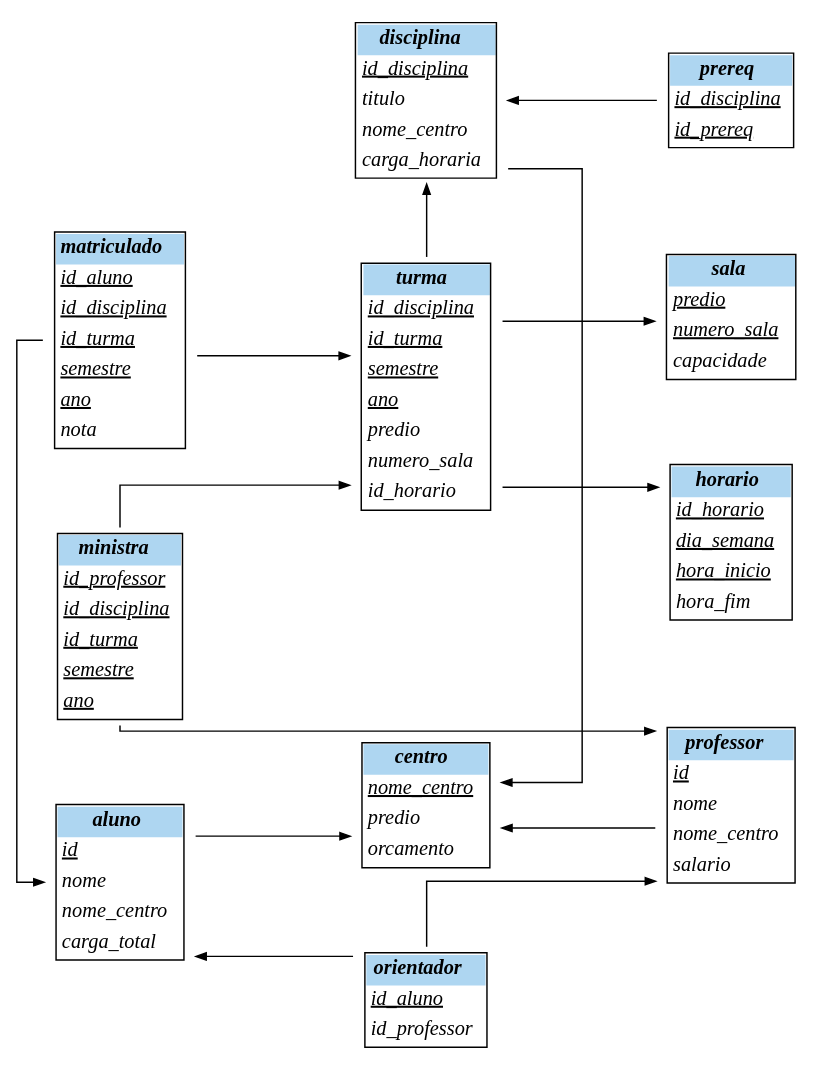
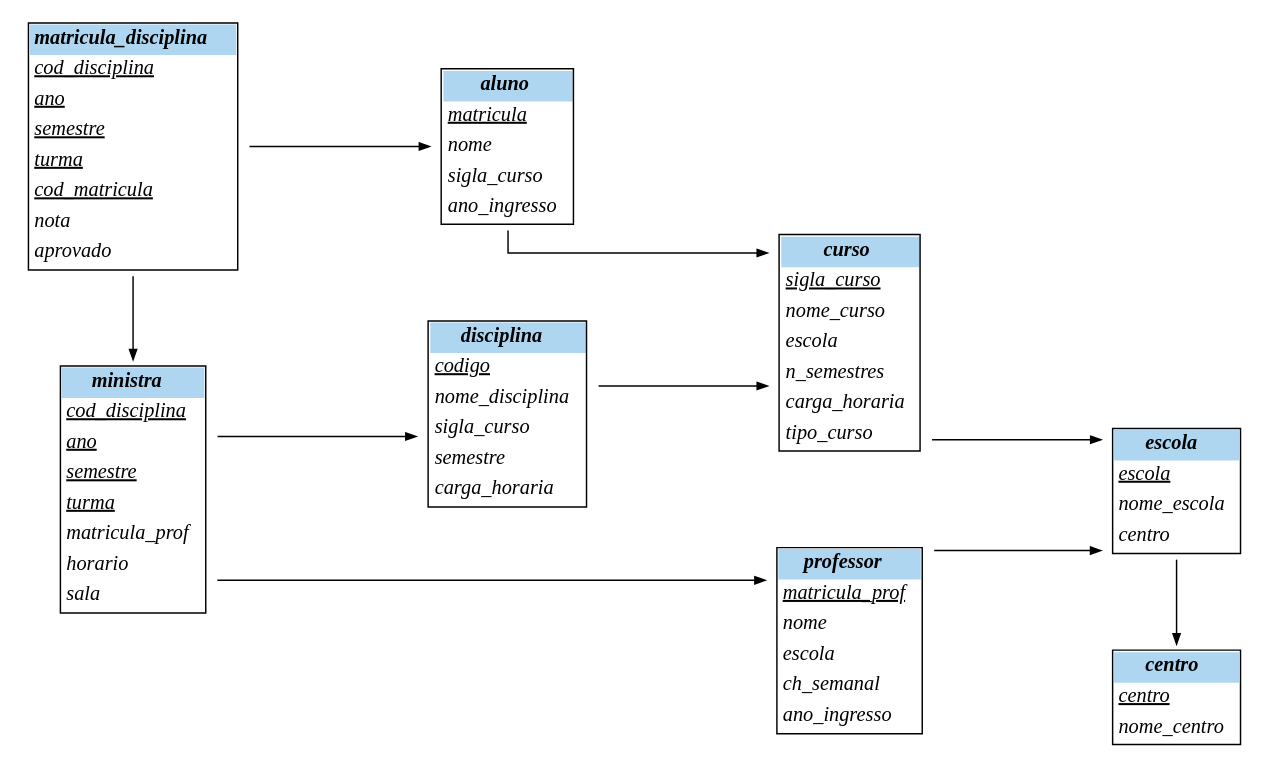
One commit to BragaD/UnDF-BancodeDados-202601 changed the diagram in content/cap02/04-diagrama-schema.qmd. Above: the diagram before and after it, drawn with Graphviz. The commit also changed other lines of this file and 44 other files, not shown here.

````diff
--- a/content/cap02/04-diagrama-schema.qmd
+++ b/content/cap02/04-diagrama-schema.qmd
@@ -18,143 +18,111 @@
 ```{dot}
 digraph schema {
-  graph [rankdir=LR, splines=ortho, nodesep=0.7, ranksep=1.4, bgcolor=white, fontname="Times New Roman"];
+  graph [rankdir=LR, splines=ortho, nodesep=0.8, ranksep=1.6, bgcolor=white, fontname="Times New Roman"];
   node  [shape=plaintext, fontname="Times New Roman"];
   edge  [arrowhead=normal, arrowsize=0.7];
 
-  matriculado [label=<
+  centro [label=<
     <TABLE BORDER="1" CELLBORDER="0" CELLSPACING="0" CELLPADDING="3" BGCOLOR="white">
-      <TR><TD BGCOLOR="#AED6F1" ALIGN="CENTER"><I><B>matriculado</B></I></TD></TR>
-      <TR><TD ALIGN="LEFT"><U><I>id_aluno</I></U></TD></TR>
-      <TR><TD ALIGN="LEFT"><U><I>id_disciplina</I></U></TD></TR>
-      <TR><TD ALIGN="LEFT"><U><I>id_turma</I></U></TD></TR>
-      <TR><TD ALIGN="LEFT"><U><I>semestre</I></U></TD></TR>
-      <TR><TD ALIGN="LEFT"><U><I>ano</I></U></TD></TR>
-      <TR><TD ALIGN="LEFT"><I>nota</I></TD></TR>
+      <TR><TD BGCOLOR="#AED6F1" ALIGN="CENTER"><I><B>centro</B></I></TD></TR>
+      <TR><TD ALIGN="LEFT"><U><I>centro</I></U></TD></TR>
+      <TR><TD ALIGN="LEFT"><I>nome_centro</I></TD></TR>
+    </TABLE>
+  >];
+
+  escola [label=<
+    <TABLE BORDER="1" CELLBORDER="0" CELLSPACING="0" CELLPADDING="3" BGCOLOR="white">
+      <TR><TD BGCOLOR="#AED6F1" ALIGN="CENTER"><I><B>escola</B></I></TD></TR>
+      <TR><TD ALIGN="LEFT"><U><I>escola</I></U></TD></TR>
+      <TR><TD ALIGN="LEFT"><I>nome_escola</I></TD></TR>
+      <TR><TD ALIGN="LEFT"><I>centro</I></TD></TR>
+    </TABLE>
+  >];
+
+  curso [label=<
+    <TABLE BORDER="1" CELLBORDER="0" CELLSPACING="0" CELLPADDING="3" BGCOLOR="white">
+      <TR><TD BGCOLOR="#AED6F1" ALIGN="CENTER"><I><B>curso</B></I></TD></TR>
+      <TR><TD ALIGN="LEFT"><U><I>sigla_curso</I></U></TD></TR>
+      <TR><TD ALIGN="LEFT"><I>nome_curso</I></TD></TR>
+      <TR><TD ALIGN="LEFT"><I>escola</I></TD></TR>
+      <TR><TD ALIGN="LEFT"><I>n_semestres</I></TD></TR>
+      <TR><TD ALIGN="LEFT"><I>carga_horaria</I></TD></TR>
+      <TR><TD ALIGN="LEFT"><I>tipo_curso</I></TD></TR>
+    </TABLE>
+  >];
+
+  professor [label=<
+    <TABLE BORDER="1" CELLBORDER="0" CELLSPACING="0" CELLPADDING="3" BGCOLOR="white">
+      <TR><TD BGCOLOR="#AED6F1" ALIGN="CENTER"><I><B>professor</B></I></TD></TR>
+      <TR><TD ALIGN="LEFT"><U><I>matricula_prof</I></U></TD></TR>
+      <TR><TD ALIGN="LEFT"><I>nome</I></TD></TR>
+      <TR><TD ALIGN="LEFT"><I>escola</I></TD></TR>
+      <TR><TD ALIGN="LEFT"><I>ch_semanal</I></TD></TR>
+      <TR><TD ALIGN="LEFT"><I>ano_ingresso</I></TD></TR>
     </TABLE>
   >];
 
   aluno [label=<
     <TABLE BORDER="1" CELLBORDER="0" CELLSPACING="0" CELLPADDING="3" BGCOLOR="white">
       <TR><TD BGCOLOR="#AED6F1" ALIGN="CENTER"><I><B>aluno</B></I></TD></TR>
-      <TR><TD ALIGN="LEFT"><U><I>id</I></U></TD></TR>
+      <TR><TD ALIGN="LEFT"><U><I>matricula</I></U></TD></TR>
       <TR><TD ALIGN="LEFT"><I>nome</I></TD></TR>
-      <TR><TD ALIGN="LEFT"><I>nome_centro</I></TD></TR>
-      <TR><TD ALIGN="LEFT"><I>carga_total</I></TD></TR>
+      <TR><TD ALIGN="LEFT"><I>sigla_curso</I></TD></TR>
+      <TR><TD ALIGN="LEFT"><I>ano_ingresso</I></TD></TR>
     </TABLE>
   >];
 
-  turma [label=<
+  disciplina [label=<
     <TABLE BORDER="1" CELLBORDER="0" CELLSPACING="0" CELLPADDING="3" BGCOLOR="white">
-      <TR><TD BGCOLOR="#AED6F1" ALIGN="CENTER"><I><B>turma</B></I></TD></TR>
-      <TR><TD ALIGN="LEFT"><U><I>id_disciplina</I></U></TD></TR>
-      <TR><TD ALIGN="LEFT"><U><I>id_turma</I></U></TD></TR>
-      <TR><TD ALIGN="LEFT"><U><I>semestre</I></U></TD></TR>
-      <TR><TD ALIGN="LEFT"><U><I>ano</I></U></TD></TR>
-      <TR><TD ALIGN="LEFT"><I>predio</I></TD></TR>
-      <TR><TD ALIGN="LEFT"><I>numero_sala</I></TD></TR>
-      <TR><TD ALIGN="LEFT"><I>id_horario</I></TD></TR>
-    </TABLE>
-  >];
-
-  horario [label=<
-    <TABLE BORDER="1" CELLBORDER="0" CELLSPACING="0" CELLPADDING="3" BGCOLOR="white">
-      <TR><TD BGCOLOR="#AED6F1" ALIGN="CENTER"><I><B>horario</B></I></TD></TR>
-      <TR><TD ALIGN="LEFT"><U><I>id_horario</I></U></TD></TR>
-      <TR><TD ALIGN="LEFT"><U><I>dia_semana</I></U></TD></TR>
-      <TR><TD ALIGN="LEFT"><U><I>hora_inicio</I></U></TD></TR>
-      <TR><TD ALIGN="LEFT"><I>hora_fim</I></TD></TR>
-    </TABLE>
-  >];
-
-  sala [label=<
-    <TABLE BORDER="1" CELLBORDER="0" CELLSPACING="0" CELLPADDING="3" BGCOLOR="white">
-      <TR><TD BGCOLOR="#AED6F1" ALIGN="CENTER"><I><B>sala</B></I></TD></TR>
-      <TR><TD ALIGN="LEFT"><U><I>predio</I></U></TD></TR>
-      <TR><TD ALIGN="LEFT"><U><I>numero_sala</I></U></TD></TR>
-      <TR><TD ALIGN="LEFT"><I>capacidade</I></TD></TR>
+      <TR><TD BGCOLOR="#AED6F1" ALIGN="CENTER"><I><B>disciplina</B></I></TD></TR>
+      <TR><TD ALIGN="LEFT"><U><I>codigo</I></U></TD></TR>
+      <TR><TD ALIGN="LEFT"><I>nome_disciplina</I></TD></TR>
+      <TR><TD ALIGN="LEFT"><I>sigla_curso</I></TD></TR>
+      <TR><TD ALIGN="LEFT"><I>semestre</I></TD></TR>
+      <TR><TD ALIGN="LEFT"><I>carga_horaria</I></TD></TR>
     </TABLE>
   >];
 
   ministra [label=<
     <TABLE BORDER="1" CELLBORDER="0" CELLSPACING="0" CELLPADDING="3" BGCOLOR="white">
       <TR><TD BGCOLOR="#AED6F1" ALIGN="CENTER"><I><B>ministra</B></I></TD></TR>
-      <TR><TD ALIGN="LEFT"><U><I>id_professor</I></U></TD></TR>
-      <TR><TD ALIGN="LEFT"><U><I>id_disciplina</I></U></TD></TR>
-      <TR><TD ALIGN="LEFT"><U><I>id_turma</I></U></TD></TR>
+      <TR><TD ALIGN="LEFT"><U><I>cod_disciplina</I></U></TD></TR>
+      <TR><TD ALIGN="LEFT"><U><I>ano</I></U></TD></TR>
       <TR><TD ALIGN="LEFT"><U><I>semestre</I></U></TD></TR>
-      <TR><TD ALIGN="LEFT"><U><I>ano</I></U></TD></TR>
+      <TR><TD ALIGN="LEFT"><U><I>turma</I></U></TD></TR>
+      <TR><TD ALIGN="LEFT"><I>matricula_prof</I></TD></TR>
+      <TR><TD ALIGN="LEFT"><I>horario</I></TD></TR>
+      <TR><TD ALIGN="LEFT"><I>sala</I></TD></TR>
     </TABLE>
   >];
 
-  disciplina [label=<
+  matricula_disciplina [label=<
     <TABLE BORDER="1" CELLBORDER="0" CELLSPACING="0" CELLPADDING="3" BGCOLOR="white">
-      <TR><TD BGCOLOR="#AED6F1" ALIGN="CENTER"><I><B>disciplina</B></I></TD></TR>
-      <TR><TD ALIGN="LEFT"><U><I>id_disciplina</I></U></TD></TR>
-      <TR><TD ALIGN="LEFT"><I>titulo</I></TD></TR>
-      <TR><TD ALIGN="LEFT"><I>nome_centro</I></TD></TR>
-      <TR><TD ALIGN="LEFT"><I>carga_horaria</I></TD></TR>
+      <TR><TD BGCOLOR="#AED6F1" ALIGN="CENTER"><I><B>matricula_disciplina</B></I></TD></TR>
+      <TR><TD ALIGN="LEFT"><U><I>cod_disciplina</I></U></TD></TR>
+      <TR><TD ALIGN="LEFT"><U><I>ano</I></U></TD></TR>
+      <TR><TD ALIGN="LEFT"><U><I>semestre</I></U></TD></TR>
+      <TR><TD ALIGN="LEFT"><U><I>turma</I></U></TD></TR>
+      <TR><TD ALIGN="LEFT"><U><I>cod_matricula</I></U></TD></TR>
+      <TR><TD ALIGN="LEFT"><I>nota</I></TD></TR>
+      <TR><TD ALIGN="LEFT"><I>aprovado</I></TD></TR>
     </TABLE>
   >];
 
-  centro [label=<
-    <TABLE BORDER="1" CELLBORDER="0" CELLSPACING="0" CELLPADDING="3" BGCOLOR="white">
-      <TR><TD BGCOLOR="#AED6F1" ALIGN="CENTER"><I><B>centro</B></I></TD></TR>
-      <TR><TD ALIGN="LEFT"><U><I>nome_centro</I></U></TD></TR>
-      <TR><TD ALIGN="LEFT"><I>predio</I></TD></TR>
-      <TR><TD ALIGN="LEFT"><I>orcamento</I></TD></TR>
-    </TABLE>
-  >];
+  // Layout: centro e escola à esquerda, entidades no meio, associações à direita
+  { rank=same; centro; escola; }
+  { rank=same; curso; professor; }
+  { rank=same; aluno; disciplina; }
+  { rank=same; ministra; matricula_disciplina; }
 
-  prereq [label=<
-    <TABLE BORDER="1" CELLBORDER="0" CELLSPACING="0" CELLPADDING="3" BGCOLOR="white">
-      <TR><TD BGCOLOR="#AED6F1" ALIGN="CENTER"><I><B>prereq</B></I></TD></TR>
-      <TR><TD ALIGN="LEFT"><U><I>id_disciplina</I></U></TD></TR>
-      <TR><TD ALIGN="LEFT"><U><I>id_prereq</I></U></TD></TR>
-    </TABLE>
-  >];
-
-  professor [label=<
-    <TABLE BORDER="1" CELLBORDER="0" CELLSPACING="0" CELLPADDING="3" BGCOLOR="white">
-      <TR><TD BGCOLOR="#AED6F1" ALIGN="CENTER"><I><B>professor</B></I></TD></TR>
-      <TR><TD ALIGN="LEFT"><U><I>id</I></U></TD></TR>
-      <TR><TD ALIGN="LEFT"><I>nome</I></TD></TR>
-      <TR><TD ALIGN="LEFT"><I>nome_centro</I></TD></TR>
-      <TR><TD ALIGN="LEFT"><I>salario</I></TD></TR>
-    </TABLE>
-  >];
-
-  orientador [label=<
-    <TABLE BORDER="1" CELLBORDER="0" CELLSPACING="0" CELLPADDING="3" BGCOLOR="white">
-      <TR><TD BGCOLOR="#AED6F1" ALIGN="CENTER"><I><B>orientador</B></I></TD></TR>
-      <TR><TD ALIGN="LEFT"><U><I>id_aluno</I></U></TD></TR>
-      <TR><TD ALIGN="LEFT"><I>id_professor</I></TD></TR>
-    </TABLE>
-  >];
-
-  // Ranks para aproximar o layout original
-  { rank=same; matriculado; aluno; }
-  { rank=same; turma; disciplina; centro; orientador; }
-  { rank=same; sala; horario; prereq; professor; }
-  { rank=same; ministra; }
-
-  // Setas (chaves estrangeiras)
-  matriculado -> aluno
-  matriculado -> turma
-
-  turma -> disciplina
-  turma -> sala
-  turma -> horario
-
-  ministra -> turma
-  ministra -> professor
-
-  disciplina -> centro
-  aluno -> centro
-  professor -> centro
-
-  orientador -> aluno
-  orientador -> professor
-
-  prereq -> disciplina
+  // Chaves estrangeiras
+  escola               -> centro
+  curso                -> escola
+  professor            -> escola
+  aluno                -> curso
+  disciplina           -> curso
+  ministra             -> disciplina
+  ministra             -> professor
+  matricula_disciplina -> ministra
+  matricula_disciplina -> aluno
 }
 ```
````
